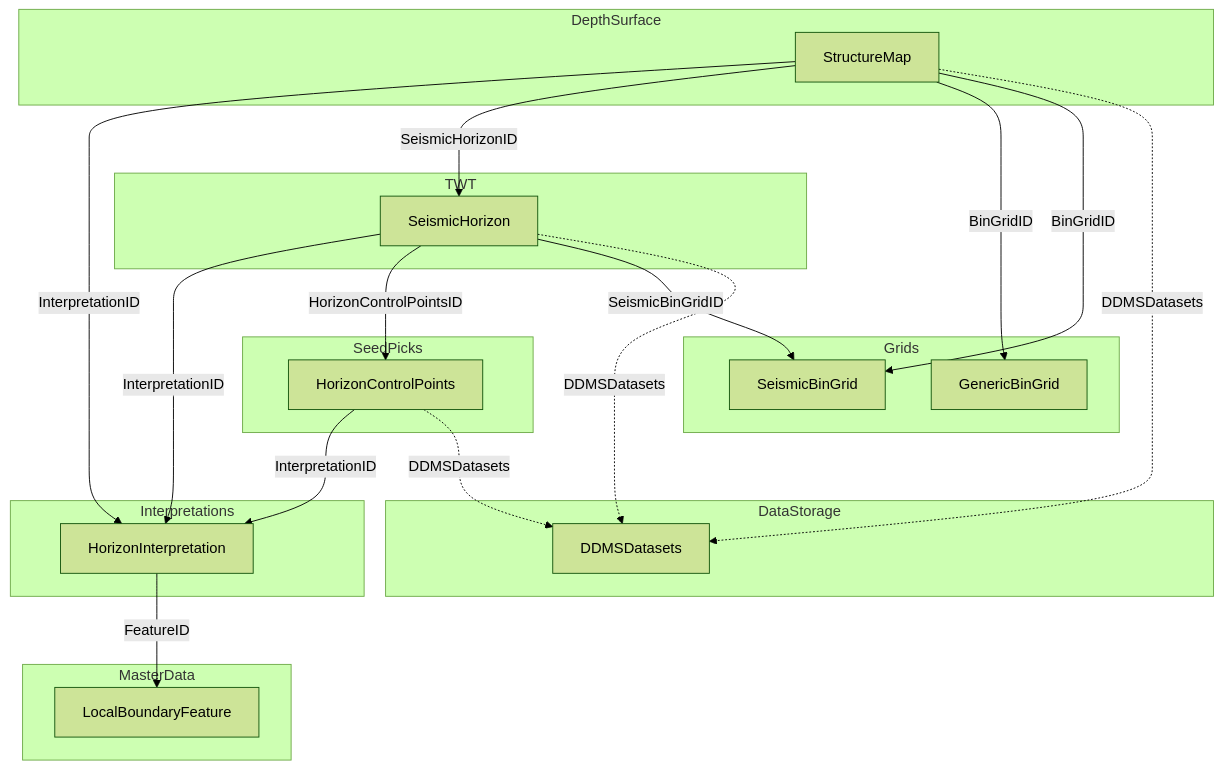
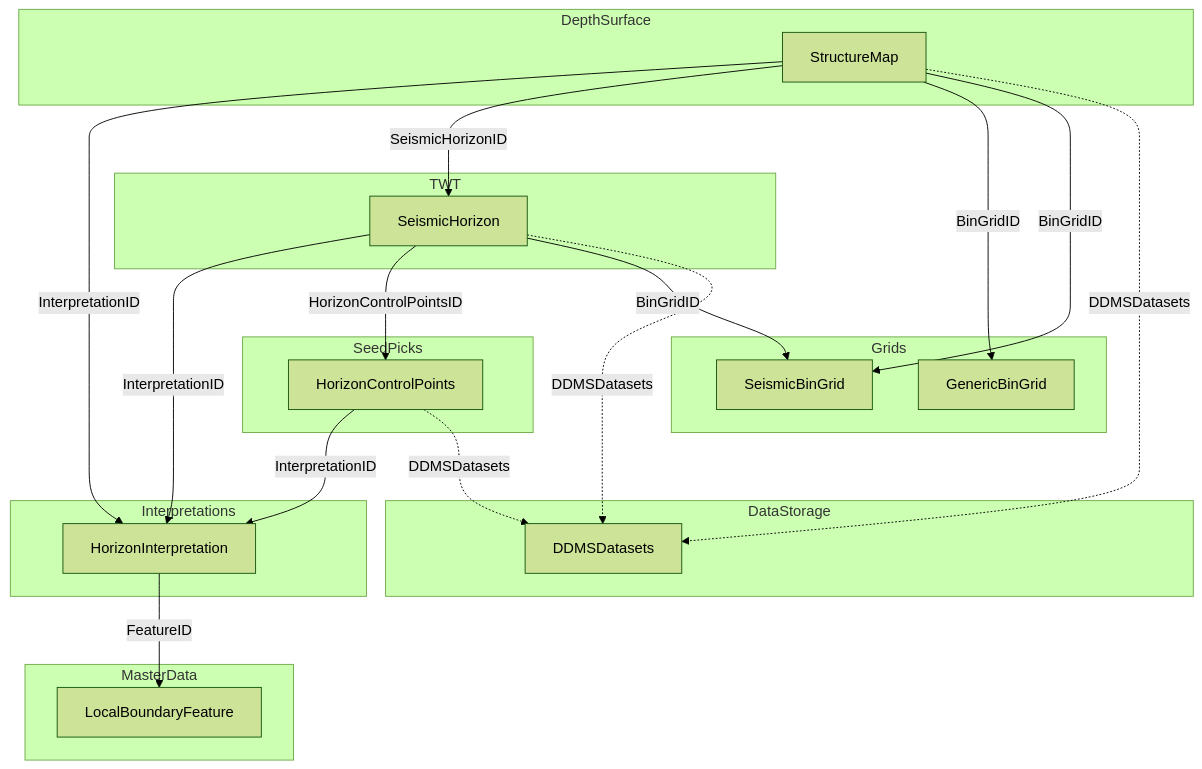
One commit to marcusapel/ores changed the third of 12 diagrams in md/SeisInt.md. Above: the diagram before and after it, drawn with Mermaid (forest theme). The commit also changed other lines of this file and 61 other files, not shown here.

````diff
--- a/md/SeisInt.md
+++ b/md/SeisInt.md
@@ -239,44 +252,44 @@
 ```mermaid
 graph TD
     subgraph MasterData
         BF[LocalBoundaryFeature]
     end
 
     subgraph Interpretations
         HI[HorizonInterpretation]
     end
 
     subgraph SeedPicks
         HCP[HorizonControlPoints]
     end
 
     subgraph TWT
         SH[SeismicHorizon]
     end
 
     subgraph DepthSurface
         SM[StructureMap]
     end
 
     subgraph Grids
         SBG[SeismicBinGrid]
         GBG[GenericBinGrid]
     end
 
     subgraph DataStorage
         DS[DDMSDatasets]
     end
 
     HI -->|FeatureID| BF
     SH -->|InterpretationID| HI
     SH -->|HorizonControlPointsID| HCP
-    SH -->|SeismicBinGridID| SBG
+    SH -->|BinGridID| SBG
     SM -->|InterpretationID| HI
     SM -->|SeismicHorizonID| SH
     SM -->|BinGridID| GBG
     SM -->|BinGridID| SBG
     HCP -->|InterpretationID| HI
     SH -.->|DDMSDatasets| DS
     SM -.->|DDMSDatasets| DS
     HCP -.->|DDMSDatasets| DS
 ```
````
